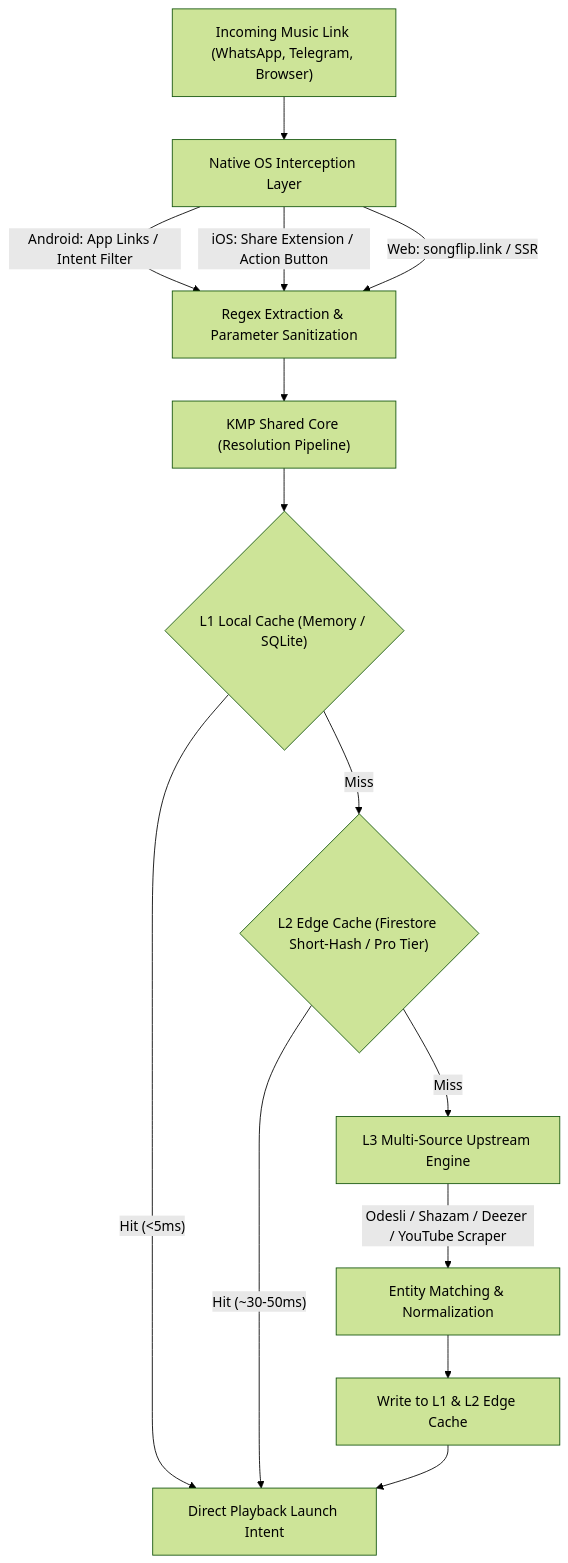
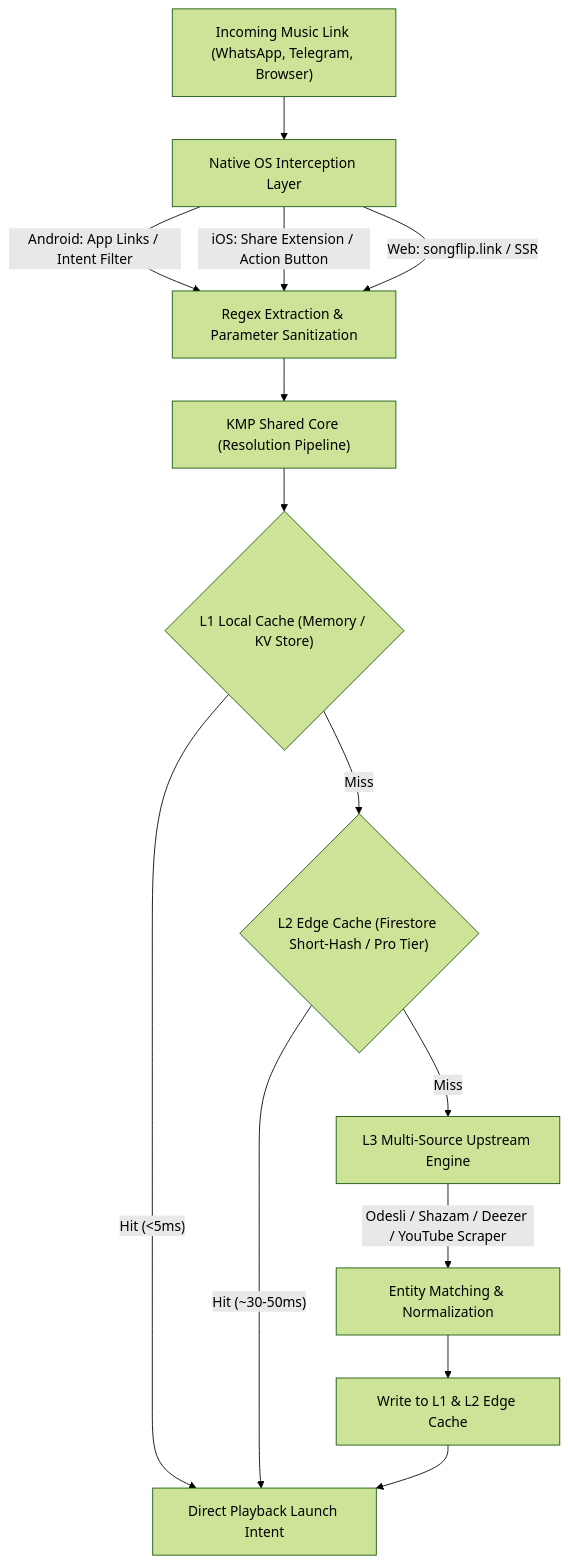
Before and after one commit to thefraggle/songflip: the diagram in ARCHITECTURE.md, drawn with Mermaid (forest theme). The commit also changed other lines of this file and 12 other files, not shown here.

````diff
--- a/ARCHITECTURE.md
+++ b/ARCHITECTURE.md
@@ -13,20 +13,20 @@
 ```mermaid
 graph TD
     A["Incoming Music Link (WhatsApp, Telegram, Browser)"] --> B["Native OS Interception Layer"]
     B -->|"Android: App Links / Intent Filter"| C["Regex Extraction & Parameter Sanitization"]
     B -->|"iOS: Share Extension / Action Button"| C
     B -->|"Web: songflip.link / SSR"| C
 
     C --> D["KMP Shared Core (Resolution Pipeline)"]
 
-    D --> E{"L1 Local Cache (Memory / SQLite)"}
+    D --> E{"L1 Local Cache (Memory / KV Store)"}
     E -->|"Hit (<5ms)"| H["Direct Playback Launch Intent"]
     E -->|"Miss"| F{"L2 Edge Cache (Firestore Short-Hash / Pro Tier)"}
     
     F -->|"Hit (~30-50ms)"| H
     F -->|"Miss"| G["L3 Multi-Source Upstream Engine"]
     
     G -->|"Odesli / Shazam / Deezer / YouTube Scraper"| I["Entity Matching & Normalization"]
     I --> J["Write to L1 & L2 Edge Cache"]
     J --> H
 ```
````
